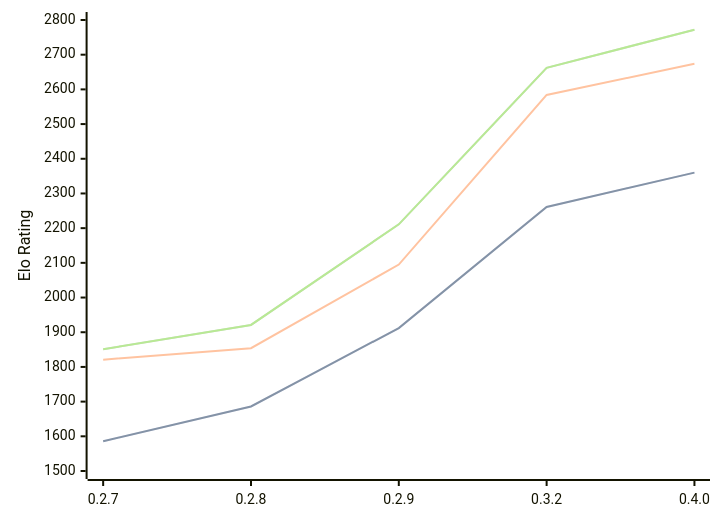
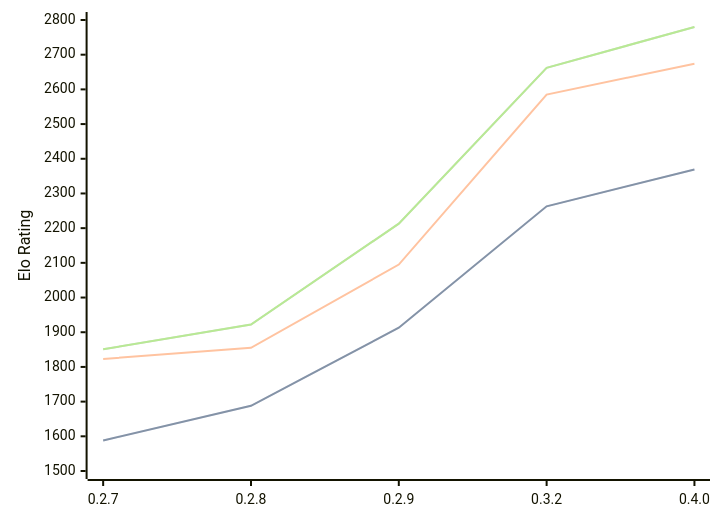
One commit to computer-chess-index/cci changed the diagram in engines/Dual.md. Above: the diagram before and after it, drawn with Mermaid. The commit also changed other lines of this file, not shown here.

Commit message:
Update CCI Ratings (ELO VLTC) - 2026-07-24

````diff
--- a/engines/Dual.md
+++ b/engines/Dual.md
@@ -45,11 +45,11 @@
 ```mermaid
 %%{init: {"theme":"base","themeVariables":{"seriesColors:['#a3a3a3','#222221','#faa371']}}}%%
 xychart-beta
   x-axis ["0.2.7", "0.2.8", "0.2.9", "0.3.2", "0.4.0"]
   y-axis "Elo Rating" 1500 --> 2800
-  line "STC (8.0+0.08s)" [1586, 1686, 1912, 2261, 2360]
-  line "STC (8.0+0.08s)" [1586, 1686, 1912, 2261, 2360]
-  line "LTC (60.0+0.60s)" [1821, 1854, 2095, 2584, 2674]
-  line "VLTC (2m24s+1.12s)" [1851, 1921, 2211, 2662, 2772]
-  line "VLTC (2m24s+1.12s)" [1851, 1921, 2211, 2662, 2772]
+  line "STC (8.0+0.08s)" [1588, 1688, 1913, 2263, 2369]
+  line "STC (8.0+0.08s)" [1588, 1688, 1913, 2263, 2369]
+  line "LTC (60.0+0.60s)" [1823, 1855, 2095, 2585, 2674]
+  line "VLTC (2m24s+1.12s)" [1851, 1922, 2213, 2662, 2780]
+  line "VLTC (2m24s+1.12s)" [1851, 1922, 2213, 2662, 2780]
 ```
````
